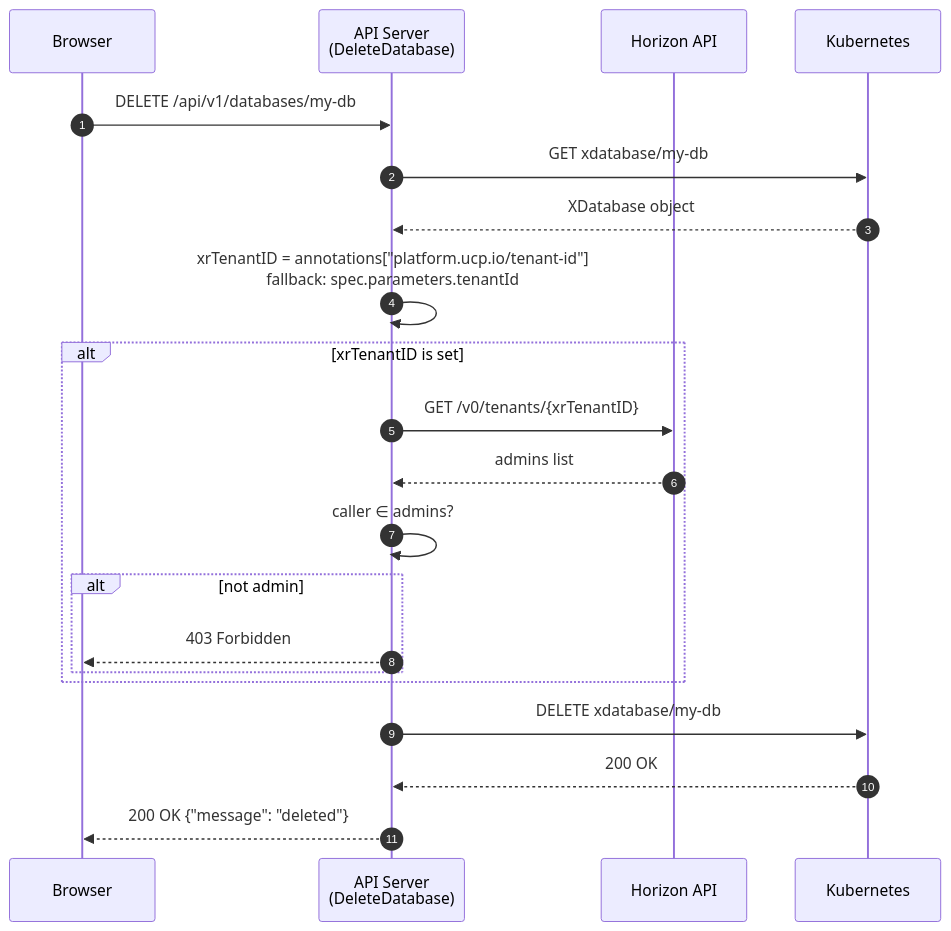
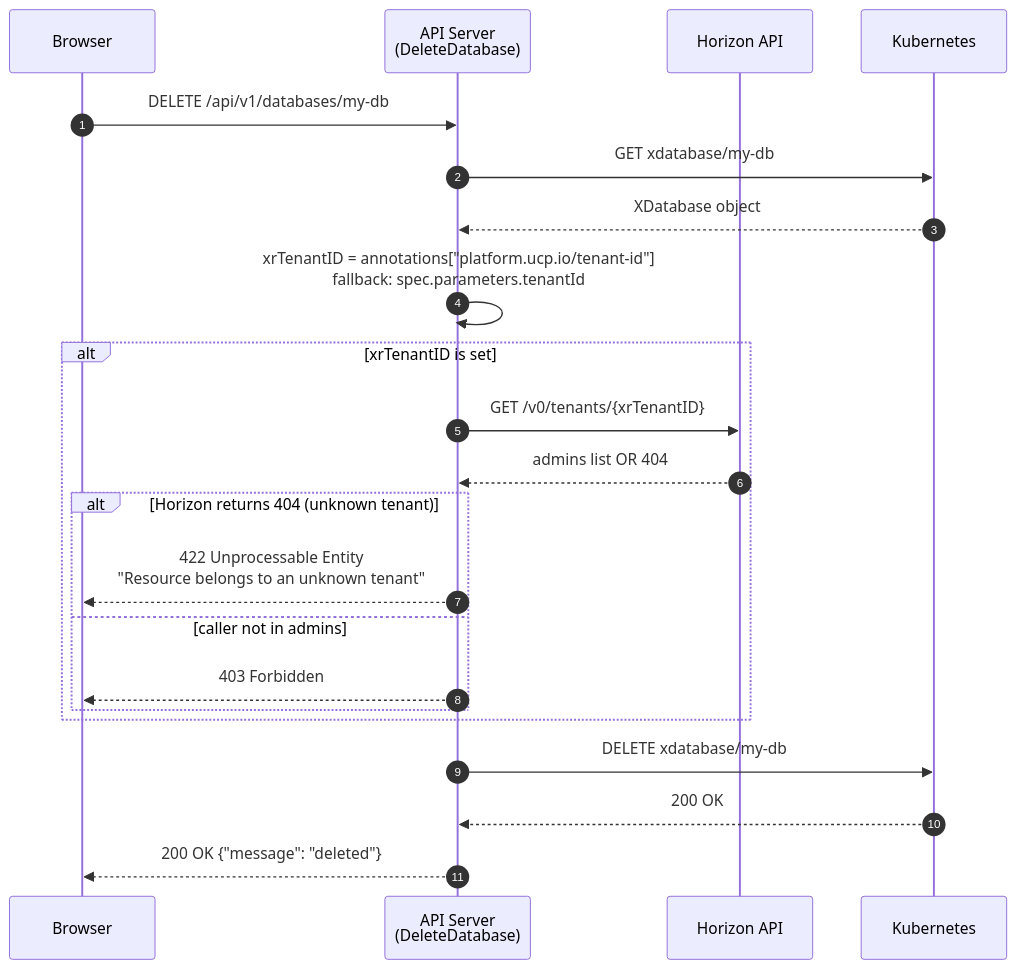
One commit to aripermana-putra/ucp-docs-collection changed the third of 3 diagrams in docs/projects/universal-control-plane-ucp/pocs/tenant-isolation/implementation.md. Above: the diagram before and after it, drawn with Mermaid. The commit also changed other lines of this file, not shown here.

````diff
--- a/docs/projects/universal-control-plane-ucp/pocs/tenant-isolation/implementation.md
+++ b/docs/projects/universal-control-plane-ucp/pocs/tenant-isolation/implementation.md
@@ -156,30 +156,31 @@
 ```mermaid
 sequenceDiagram
     autonumber
 
     participant Browser
     participant Handler as API Server<br/>(DeleteDatabase)
     participant Horizon as Horizon API
     participant K8s as Kubernetes
 
     Browser->>Handler: DELETE /api/v1/databases/my-db
 
     Handler->>K8s: GET xdatabase/my-db
     K8s-->>Handler: XDatabase object
 
     Handler->>Handler: xrTenantID = annotations["platform.ucp.io/tenant-id"]<br/>fallback: spec.parameters.tenantId
 
     alt xrTenantID is set
         Handler->>Horizon: GET /v0/tenants/{xrTenantID}
-        Horizon-->>Handler: admins list
-        Handler->>Handler: caller ∈ admins?
+        Horizon-->>Handler: admins list OR 404
 
-        alt not admin
+        alt Horizon returns 404 (unknown tenant)
+            Handler-->>Browser: 422 Unprocessable Entity<br/>"Resource belongs to an unknown tenant"
+        else caller not in admins
             Handler-->>Browser: 403 Forbidden
         end
     end
 
     Handler->>K8s: DELETE xdatabase/my-db
     K8s-->>Handler: 200 OK
     Handler-->>Browser: 200 OK {"message": "deleted"}
 ```
````
